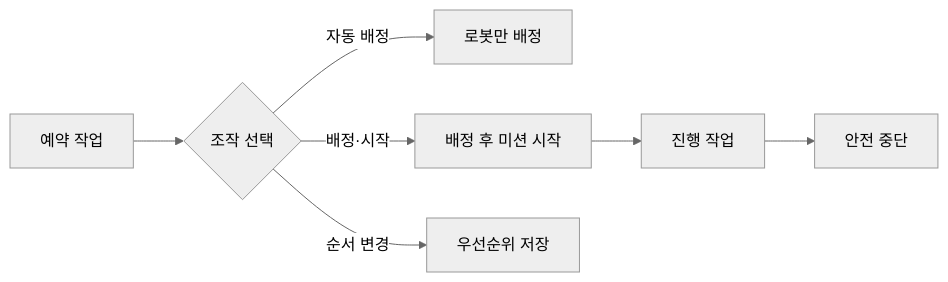
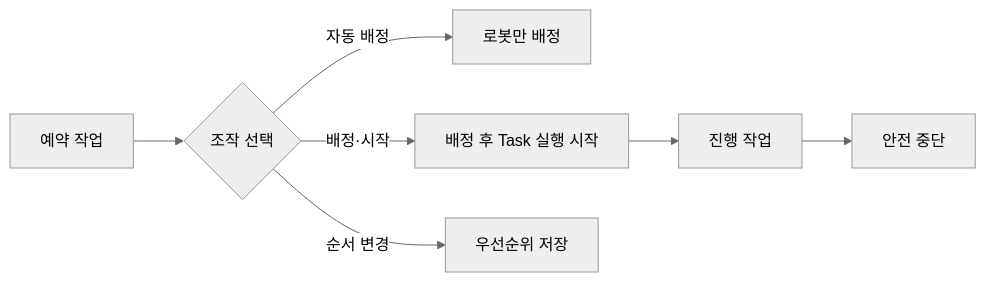
Before and after one commit to eduwing-robotics/ros2-ai-amr-repo3: the third of 7 diagrams in main_server/docs/OPERATOR_BUTTON_GUIDE.md, drawn with Mermaid (neutral theme). The commit also changed 167 other files, not shown here.

````diff
--- a/main_server/docs/OPERATOR_BUTTON_GUIDE.md
+++ b/main_server/docs/OPERATOR_BUTTON_GUIDE.md
@@ -56,9 +56,9 @@
 ```mermaid
 flowchart LR
   A[예약 작업] --> B{조작 선택}
   B -->|자동 배정| C[로봇만 배정]
-  B -->|배정·시작| D[배정 후 미션 시작]
+  B -->|배정·시작| D[배정 후 Task 실행 시작]
   B -->|순서 변경| E[우선순위 저장]
   D --> F[진행 작업]
   F --> G[안전 중단]
 ```
````
